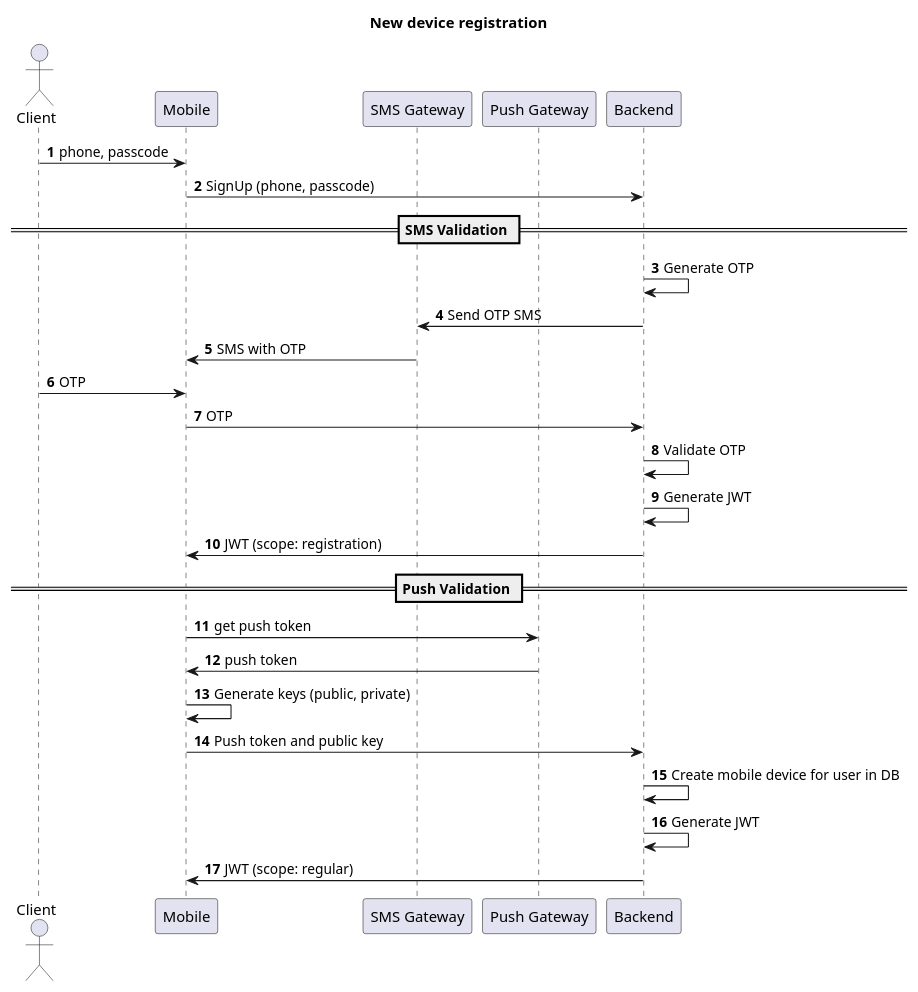
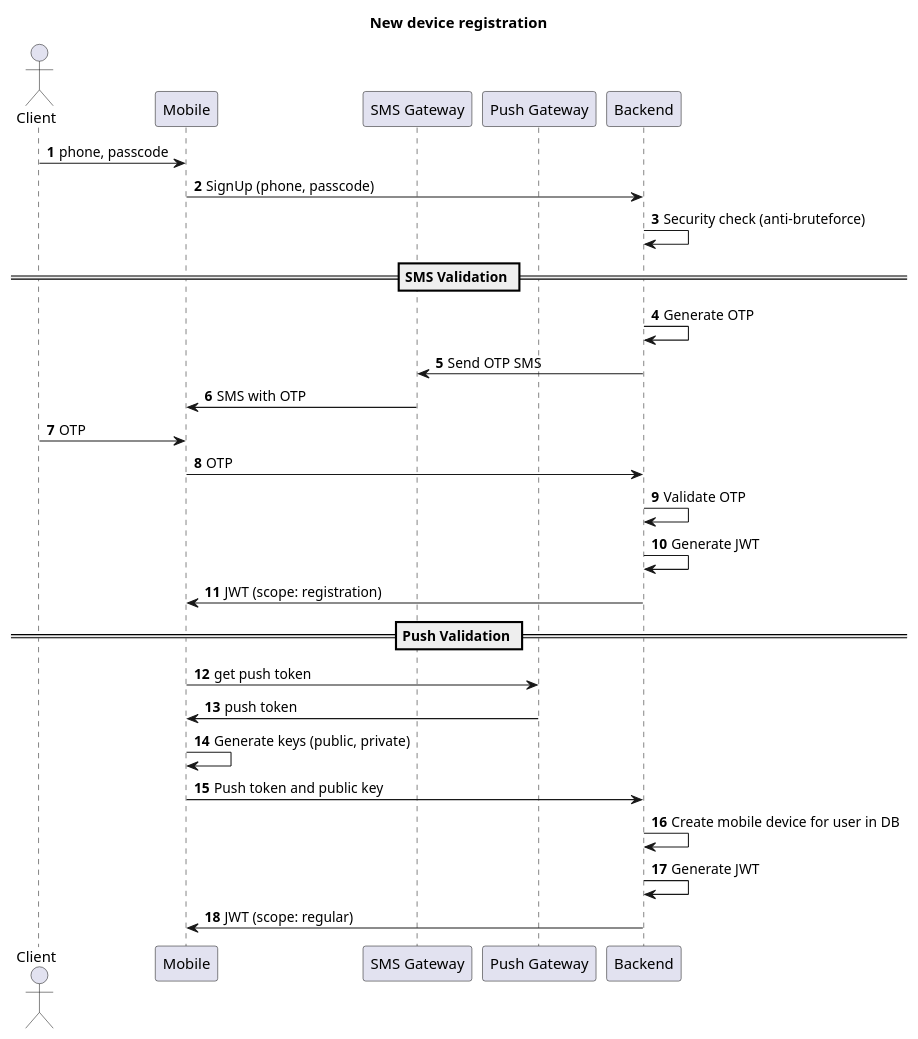
Before and after one commit to eslusarenko/HTBS: the diagram in Auth/newDevice.plantuml, drawn with PlantUML. The commit also changed 2 other files, not shown here.

```diff
--- a/Auth/newDevice.plantuml
+++ b/Auth/newDevice.plantuml
@@ -1,32 +1,32 @@
 @startuml
 title: New device registration
 
 actor Client as user
 participant Mobile as Mob
 participant "SMS Gateway" as sms
 participant "Push Gateway" as push
 participant Backend as Back
 
 autonumber
 user -> Mob: phone, passcode
 Mob -> Back: SignUp (phone, passcode)
-
+Back -> Back: Security check (anti-bruteforce)
 == SMS Validation ==
 Back -> Back: Generate OTP
 Back -> sms: Send OTP SMS
 sms -> Mob: SMS with OTP
 user -> Mob: OTP
 Mob -> Back: OTP
 Back -> Back: Validate OTP
 Back -> Back: Generate JWT
 Back -> Mob: JWT (scope: registration)
 
 == Push Validation ==
 Mob -> push: get push token
 push -> Mob: push token
 Mob -> Mob: Generate keys (public, private)
 Mob -> Back: Push token and public key
 Back -> Back: Create mobile device for user in DB
 Back -> Back: Generate JWT
 Back -> Mob: JWT (scope: regular)
 @enduml
```
